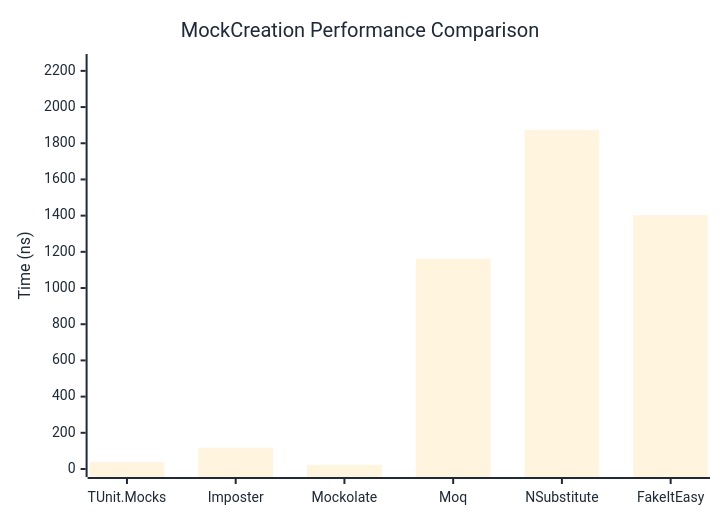
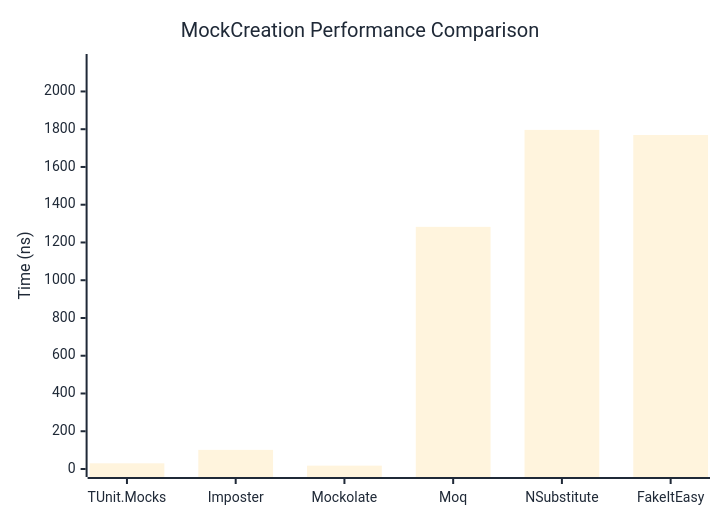
One commit to thomhurst/TUnit changed the first of 2 diagrams in docs/docs/benchmarks/mocks/MockCreation.md. Above: the diagram before and after it, drawn with Mermaid. The commit also changed other lines of this file and 14 other files, not shown here.

````diff
--- a/docs/docs/benchmarks/mocks/MockCreation.md
+++ b/docs/docs/benchmarks/mocks/MockCreation.md
@@ -30,27 +30,27 @@
 ```mermaid
 %%{init: {
   'theme':'base',
   'themeVariables': {
     'primaryColor': '#2563eb',
     'primaryTextColor': '#1f2937',
     'primaryBorderColor': '#1e40af',
     'lineColor': '#6b7280',
     'secondaryColor': '#7c3aed',
     'tertiaryColor': '#dc2626',
     'background': '#ffffff',
     'pie1': '#2563eb',
     'pie2': '#7c3aed',
     'pie3': '#dc2626',
     'pie4': '#f59e0b',
     'pie5': '#10b981',
     'pie6': '#06b6d4',
     'pie7': '#ec4899',
     'pie8': '#6366f1'
   }
 }}%%
 xychart-beta
   title "MockCreation Performance Comparison"
   x-axis ["TUnit.Mocks", "Imposter", "Mockolate", "Moq", "NSubstitute", "FakeItEasy"]
-  y-axis "Time (ns)" 0 --> 2249
-  bar [37.97, 117.42, 22.91, 1162.39, 1873.74, 1402.73]
+  y-axis "Time (ns)" 0 --> 2156
+  bar [30.11, 101.36, 17.73, 1282.7, 1796.29, 1769.18]
 ```
````
